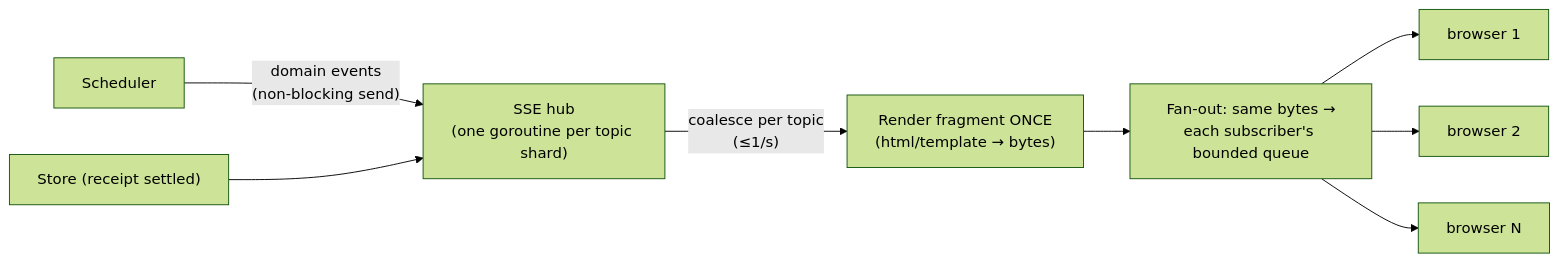
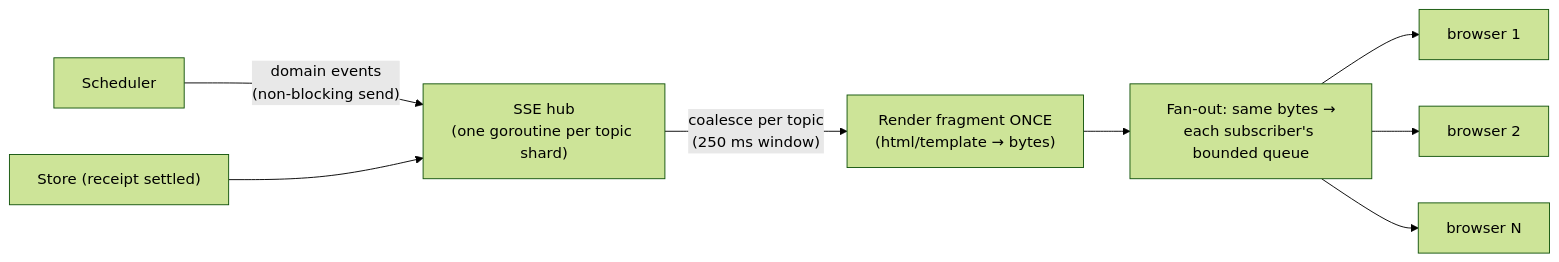
One commit to moochy-dev/moochy-docs changed the diagram in docs/plan/08-web-dashboard.md. Above: the diagram before and after it, drawn with Mermaid (forest theme). The commit also changed other lines of this file and 4 other files, not shown here.

````diff
--- a/docs/plan/08-web-dashboard.md
+++ b/docs/plan/08-web-dashboard.md
@@ -146,10 +162,10 @@
 ```mermaid
 flowchart LR
   SCHED["Scheduler"] -- "domain events<br/>(non-blocking send)" --> HUB["SSE hub<br/>(one goroutine per topic shard)"]
   STORE["Store (receipt settled)"] --> HUB
-  HUB -- "coalesce per topic<br/>(≤1/s)" --> RENDER["Render fragment ONCE<br/>(html/template → bytes)"]
+  HUB -- "coalesce per topic<br/>(250 ms window)" --> RENDER["Render fragment ONCE<br/>(html/template → bytes)"]
   RENDER --> FAN["Fan-out: same bytes →<br/>each subscriber's bounded queue"]
   FAN --> C1["browser 1"]
   FAN --> C2["browser 2"]
   FAN --> CN["browser N"]
 ```
````
